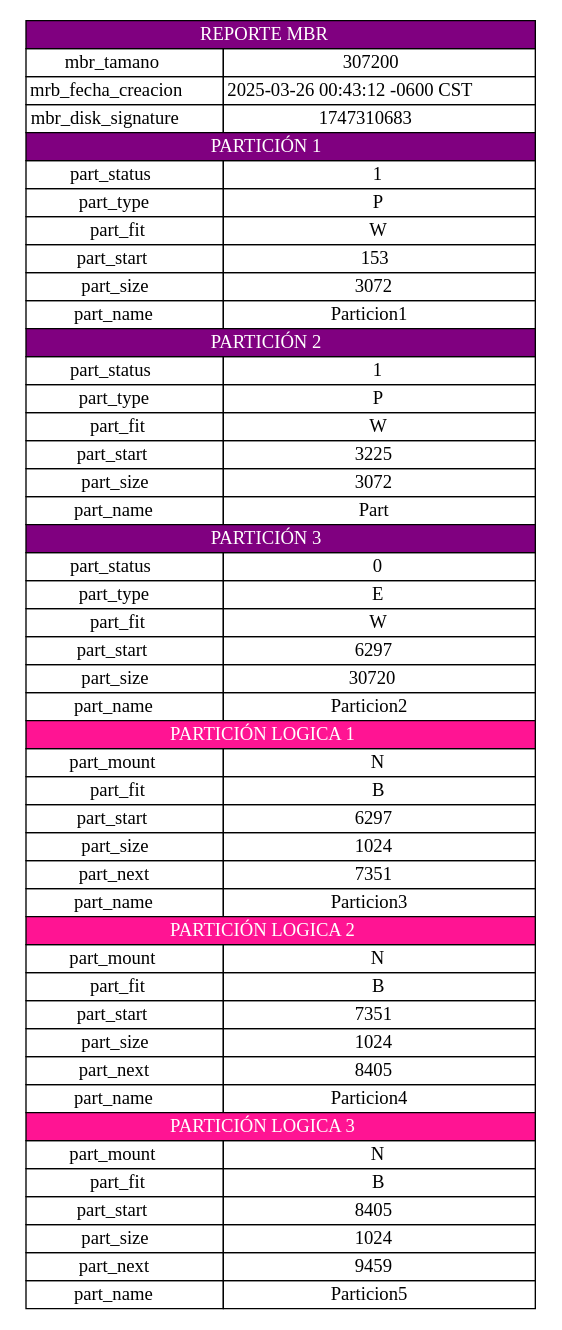
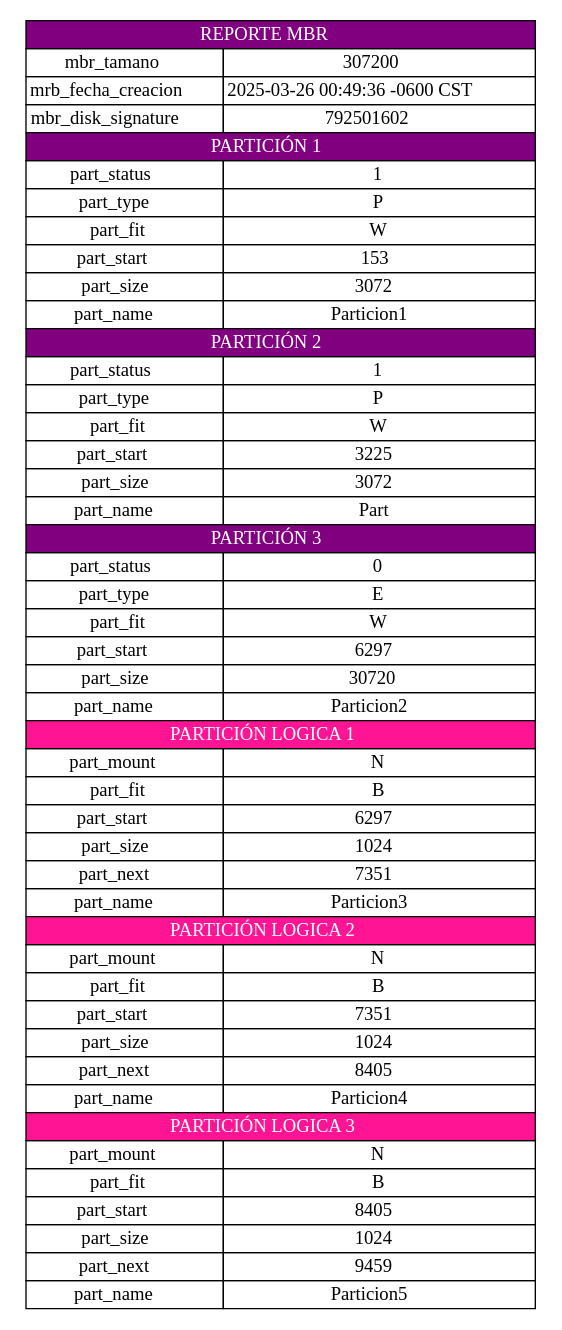
Before and after one commit to miguel-tubac/MIA_1S2025_P1_202101927: the diagram in server/src/salida/mbryebr.dot, drawn with Graphviz. The commit also changed 12 other files, not shown here.

```diff
--- a/server/src/salida/mbryebr.dot
+++ b/server/src/salida/mbryebr.dot
@@ -1,57 +1,57 @@
 digraph G {
         node [shape=plaintext]
         tabla [label=<
             <table border="0" cellborder="1" cellspacing="0">
                 <tr><td colspan="2" bgcolor="#800080"><font color="white"> REPORTE MBR </font></td></tr>
                 <tr><td>mbr_tamano</td><td>307200</td></tr>
-                <tr><td>mrb_fecha_creacion</td><td>2025-03-26 00:43:12 -0600 CST</td></tr>
-                <tr><td>mbr_disk_signature</td><td>1747310683</td></tr>
+                <tr><td>mrb_fecha_creacion</td><td>2025-03-26 00:49:36 -0600 CST</td></tr>
+                <tr><td>mbr_disk_signature</td><td>792501602</td></tr>
             
 			<tr><td colspan="2" bgcolor="#800080"><font color="white"> PARTICIÓN 1 </font></td></tr>
 			<tr><td>part_status</td><td>1</td></tr>
 			<tr><td>part_type</td><td>P</td></tr>
 			<tr><td>part_fit</td><td>W</td></tr>
 			<tr><td>part_start</td><td>153</td></tr>
 			<tr><td>part_size</td><td>3072</td></tr>
 			<tr><td>part_name</td><td>Particion1</td></tr>
 		
 			<tr><td colspan="2" bgcolor="#800080"><font color="white"> PARTICIÓN 2 </font></td></tr>
 			<tr><td>part_status</td><td>1</td></tr>
 			<tr><td>part_type</td><td>P</td></tr>
 			<tr><td>part_fit</td><td>W</td></tr>
 			<tr><td>part_start</td><td>3225</td></tr>
 			<tr><td>part_size</td><td>3072</td></tr>
 			<tr><td>part_name</td><td>Part</td></tr>
 		
 			<tr><td colspan="2" bgcolor="#800080"><font color="white"> PARTICIÓN 3 </font></td></tr>
 			<tr><td>part_status</td><td>0</td></tr>
 			<tr><td>part_type</td><td>E</td></tr>
 			<tr><td>part_fit</td><td>W</td></tr>
 			<tr><td>part_start</td><td>6297</td></tr>
 			<tr><td>part_size</td><td>30720</td></tr>
 			<tr><td>part_name</td><td>Particion2</td></tr>
 		
 					<tr><td colspan="2" bgcolor="#FF1493"><font color="white"> PARTICIÓN LOGICA 1 </font></td></tr>
 					<tr><td>part_mount</td><td>N</td></tr>
 					<tr><td>part_fit</td><td>B</td></tr>
 					<tr><td>part_start</td><td>6297</td></tr>
 					<tr><td>part_size</td><td>1024</td></tr>
 					<tr><td>part_next</td><td>7351</td></tr>
 					<tr><td>part_name</td><td>Particion3</td></tr>
 				
 					<tr><td colspan="2" bgcolor="#FF1493"><font color="white"> PARTICIÓN LOGICA 2 </font></td></tr>
 					<tr><td>part_mount</td><td>N</td></tr>
 					<tr><td>part_fit</td><td>B</td></tr>
 					<tr><td>part_start</td><td>7351</td></tr>
 					<tr><td>part_size</td><td>1024</td></tr>
 					<tr><td>part_next</td><td>8405</td></tr>
 					<tr><td>part_name</td><td>Particion4</td></tr>
 				
 					<tr><td colspan="2" bgcolor="#FF1493"><font color="white"> PARTICIÓN LOGICA 3 </font></td></tr>
 					<tr><td>part_mount</td><td>N</td></tr>
 					<tr><td>part_fit</td><td>B</td></tr>
 					<tr><td>part_start</td><td>8405</td></tr>
 					<tr><td>part_size</td><td>1024</td></tr>
 					<tr><td>part_next</td><td>9459</td></tr>
 					<tr><td>part_name</td><td>Particion5</td></tr>
 				</table>>] }
```
